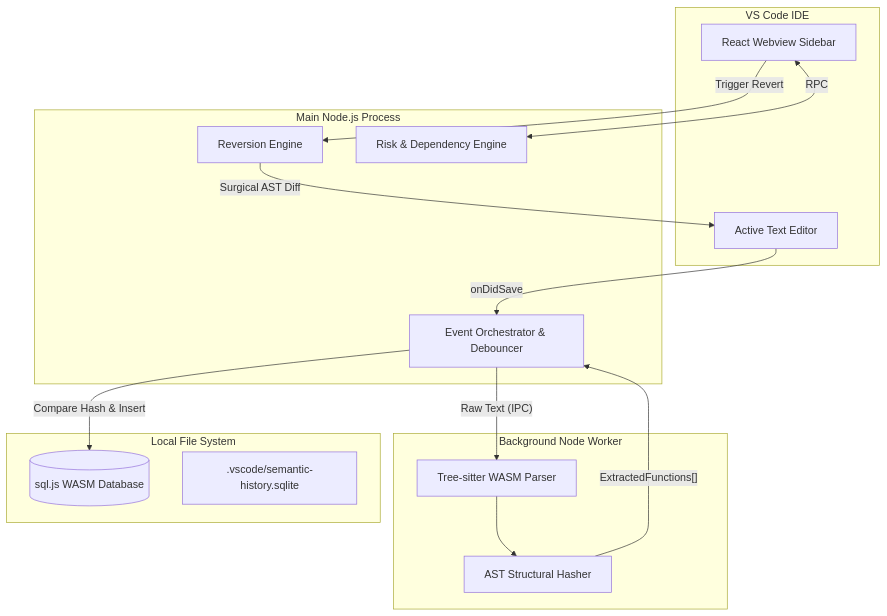
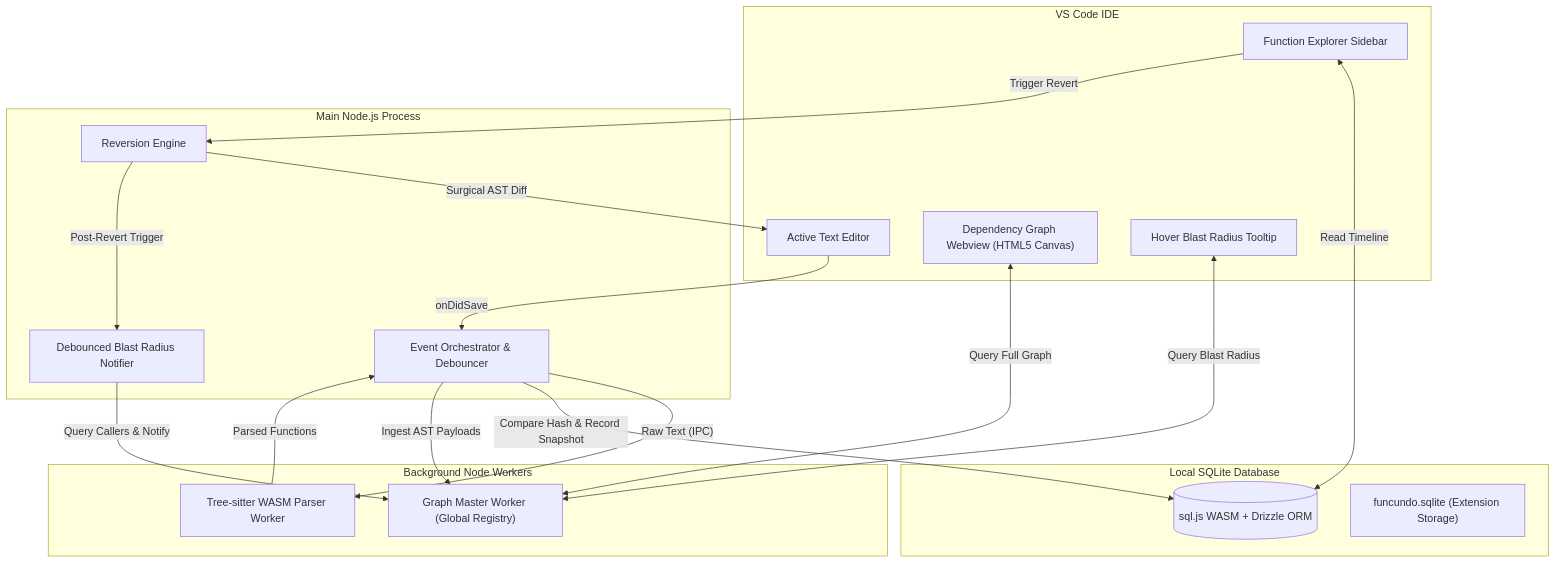
One commit to Mankirat684/FuncUndo-side changed the diagram in README.md. Above: the diagram before and after it, drawn with Mermaid. The commit also changed other lines of this file and 13 other files, not shown here.

First line of the commit message:
feat: enhance function merging and branching history

````diff
--- a/README.md
+++ b/README.md
@@ -41,33 +41,38 @@
 ```mermaid
 graph TD
     subgraph Client["VS Code IDE"]
         Editor["Active Text Editor"]
-        UI["React Webview Sidebar"]
+        TreeView["Function Explorer Sidebar"]
+        GraphWebview["Dependency Graph Webview (HTML5 Canvas)"]
+        Hover["Hover Blast Radius Tooltip"]
     end
 
     subgraph ExtensionHost["Main Node.js Process"]
         EventLoop["Event Orchestrator & Debouncer"]
         WorkspaceEdit["Reversion Engine"]
-        RiskEngine["Risk & Dependency Engine"]
+        Notifier["Debounced Blast Radius Notifier"]
     end
 
-    subgraph Worker["Background Node Worker"]
-        Parser["Tree-sitter WASM Parser"]
-        ASTExtractor["AST Structural Hasher"]
+    subgraph Worker["Background Node Workers"]
+        Parser["Tree-sitter WASM Parser Worker"]
+        GraphMaster["Graph Master Worker (Global Registry)"]
     end
 
-    subgraph Storage["Local File System"]
-        DB[("sql.js WASM Database")]
-        VFile[".vscode/semantic-history.sqlite"]
+    subgraph Storage["Local SQLite Database"]
+        DB[("sql.js WASM + Drizzle ORM")]
+        VFile["funcundo.sqlite (Extension Storage)"]
     end
 
     Editor -- "onDidSave" --> EventLoop
     EventLoop -- "Raw Text (IPC)" --> Parser
-    Parser --> ASTExtractor
-    ASTExtractor -- "ExtractedFunctions[]" --> EventLoop
-    EventLoop -- "Compare Hash & Insert" --> DB
-    UI <--> |RPC| RiskEngine
-    UI -- "Trigger Revert" --> WorkspaceEdit
+    Parser -- "Parsed Functions" --> EventLoop
+    EventLoop -- "Compare Hash & Record Snapshot" --> DB
+    EventLoop -- "Ingest AST Payloads" --> GraphMaster
+    TreeView <--> |Read Timeline| DB
+    GraphWebview <--> |Query Full Graph| GraphMaster
+    Hover <--> |Query Blast Radius| GraphMaster
+    TreeView -- "Trigger Revert" --> WorkspaceEdit
     WorkspaceEdit -- "Surgical AST Diff" --> Editor
-
+    WorkspaceEdit -- "Post-Revert Trigger" --> Notifier
+    Notifier -- "Query Callers & Notify" --> GraphMaster
 ```
````
